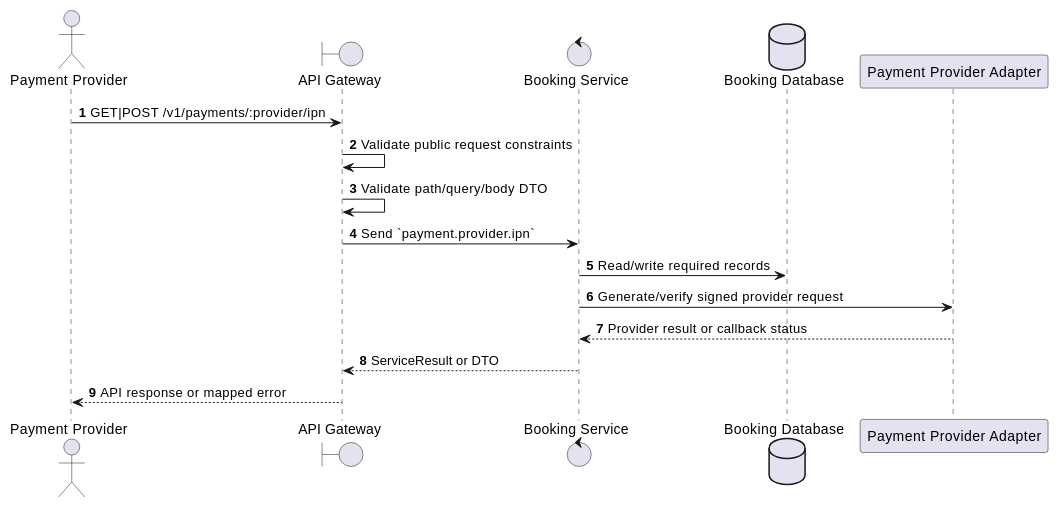
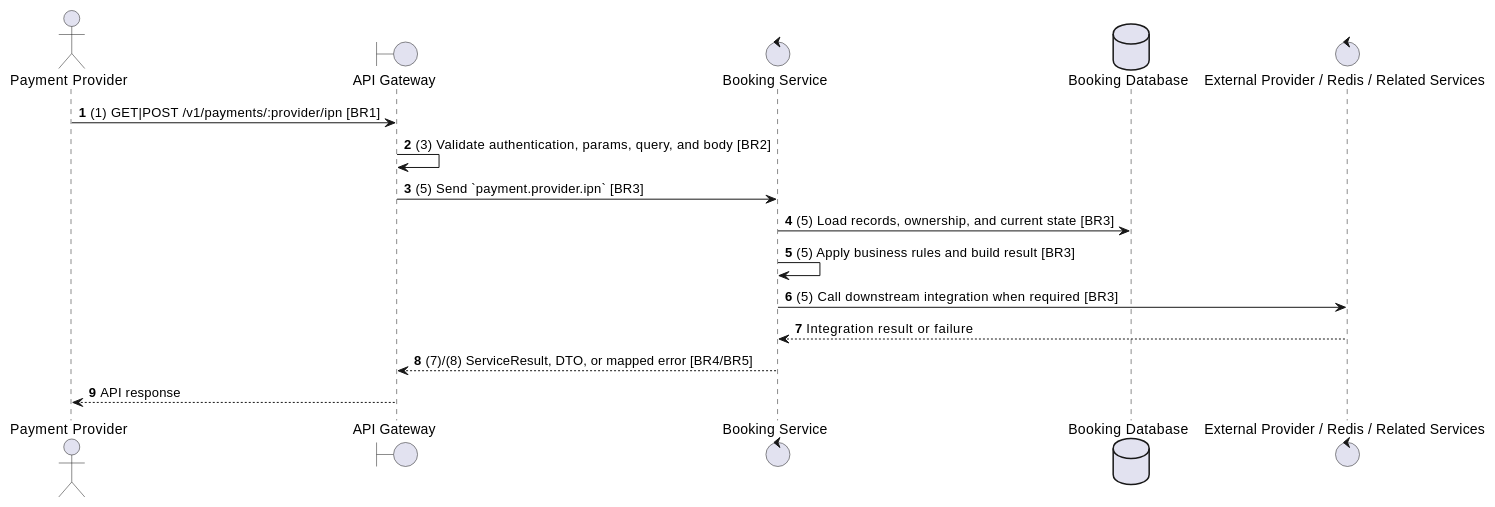
The second of 2 diagrams in docs/functional_specs/3.6_Payment_Transaction_Module/PY-04_VNPay_IPN_Webhook.md (Tanh1603/movie-hub-architecture), drawn with PlantUML before and after one commit. The commit also changed other lines of this file and 129 other files, not shown here.

````diff
--- a/docs/functional_specs/3.6_Payment_Transaction_Module/PY-04_VNPay_IPN_Webhook.md
+++ b/docs/functional_specs/3.6_Payment_Transaction_Module/PY-04_VNPay_IPN_Webhook.md
@@ -17,20 +64,20 @@
 ```plantuml
 @startuml
 autonumber
 actor "Payment Provider" as Actor
 boundary "API Gateway" as GW
 control "Booking Service" as SVC
 database "Booking Database" as DB
-participant "Payment Provider Adapter" as Provider
+control "External Provider / Redis / Related Services" as EXT
 
-Actor -> GW: GET|POST /v1/payments/:provider/ipn
-GW -> GW: Validate public request constraints
-GW -> GW: Validate path/query/body DTO
-GW -> SVC: Send `payment.provider.ipn`
-SVC -> DB: Read/write required records
-SVC -> Provider: Generate/verify signed provider request
-Provider --> SVC: Provider result or callback status
-SVC --> GW: ServiceResult or DTO
-GW --> Actor: API response or mapped error
+Actor -> GW: (1) GET|POST /v1/payments/:provider/ipn [BR1]
+GW -> GW: (3) Validate authentication, params, query, and body [BR2]
+GW -> SVC: (5) Send `payment.provider.ipn` [BR3]
+SVC -> DB: (5) Load records, ownership, and current state [BR3]
+SVC -> SVC: (5) Apply business rules and build result [BR3]
+SVC -> EXT: (5) Call downstream integration when required [BR3]
+EXT --> SVC: Integration result or failure
+SVC --> GW: (7)/(8) ServiceResult, DTO, or mapped error [BR4/BR5]
+GW --> Actor: API response
 @enduml
 ```
````
